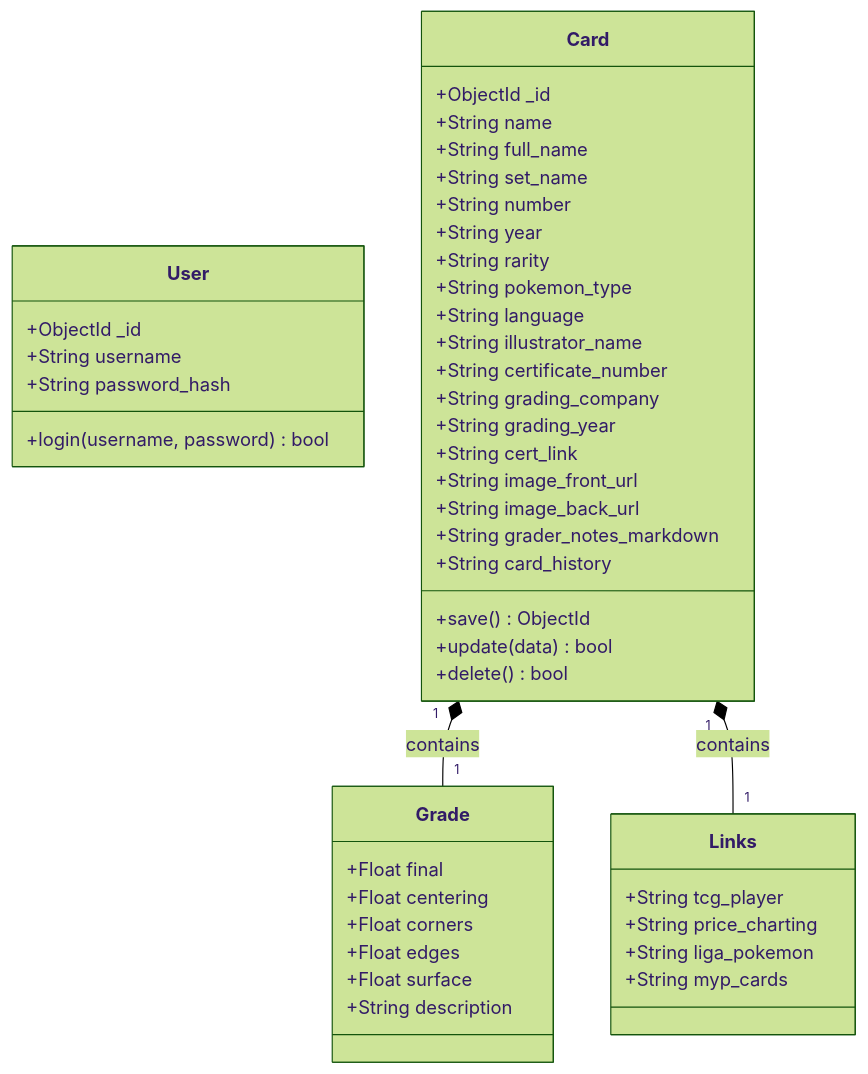
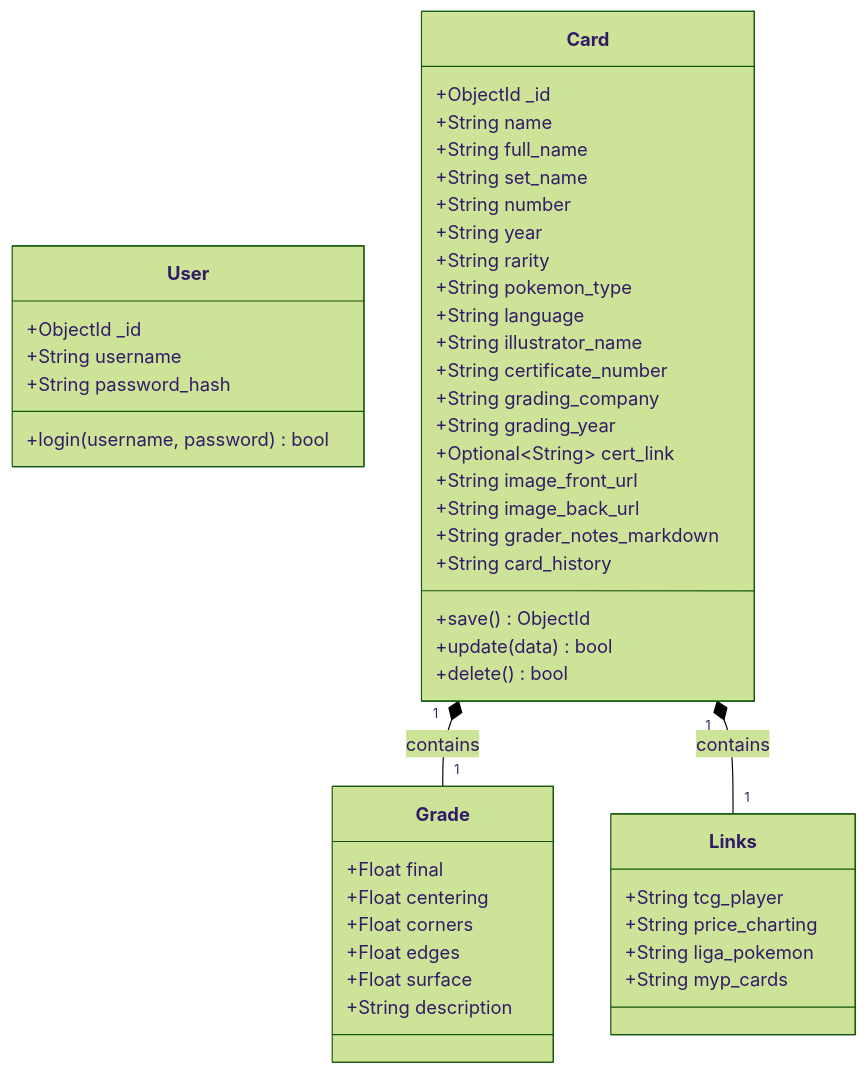
The first of 3 diagrams in documentations/01_uml_models.md (afonsolelis/laudo_cards), drawn with Mermaid (forest theme) before and after one commit. The commit also changed 4 other files, not shown here.

````diff
--- a/documentations/01_uml_models.md
+++ b/documentations/01_uml_models.md
@@ -9,52 +9,52 @@
 ```mermaid
 classDiagram
     class User {
         +ObjectId _id
         +String username
         +String password_hash
         +login(username, password) bool
     }
 
     class Card {
         +ObjectId _id
         +String name
         +String full_name
         +String set_name
         +String number
         +String year
         +String rarity
         +String pokemon_type
         +String language
         +String illustrator_name
         +String certificate_number
         +String grading_company
         +String grading_year
-        +String cert_link
+        +Optional~String~ cert_link
         +String image_front_url
         +String image_back_url
         +String grader_notes_markdown
         +String card_history
         +save() ObjectId
         +update(data) bool
         +delete() bool
     }
 
     class Grade {
         +Float final
         +Float centering
         +Float corners
         +Float edges
         +Float surface
         +String description
     }
 
     class Links {
         +String tcg_player
         +String price_charting
         +String liga_pokemon
         +String myp_cards
     }
 
     Card "1" *-- "1" Grade : contains
     Card "1" *-- "1" Links : contains
 ```
````
